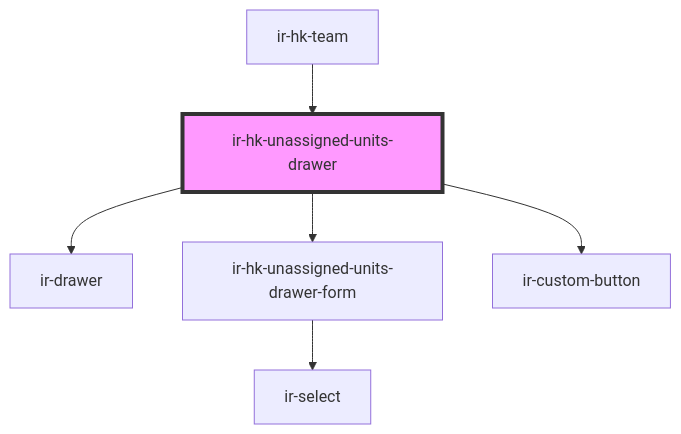
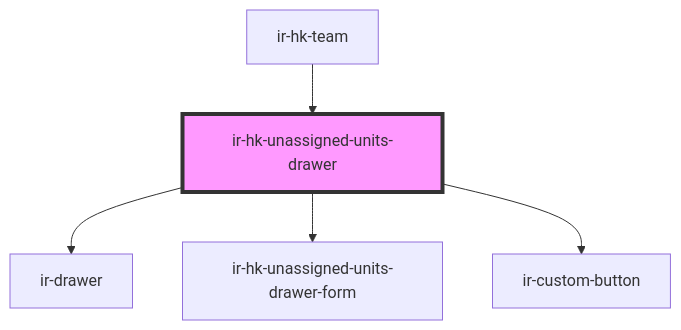
The diagram in src/components/ir-housekeeping/ir-hk-unassigned-units/ir-hk-unassigned-units-drawer/readme.md (RonyRizk/ir-webcmp), drawn with Mermaid before and after one commit. The commit also changed 508 other files, not shown here.

````diff
--- a/src/components/ir-housekeeping/ir-hk-unassigned-units/ir-hk-unassigned-units-drawer/readme.md
+++ b/src/components/ir-housekeeping/ir-hk-unassigned-units/ir-hk-unassigned-units-drawer/readme.md
@@ -36,9 +36,8 @@
 ```mermaid
 graph TD;
   ir-hk-unassigned-units-drawer --> ir-drawer
   ir-hk-unassigned-units-drawer --> ir-hk-unassigned-units-drawer-form
   ir-hk-unassigned-units-drawer --> ir-custom-button
-  ir-hk-unassigned-units-drawer-form --> ir-select
   ir-hk-team --> ir-hk-unassigned-units-drawer
   style ir-hk-unassigned-units-drawer fill:#f9f,stroke:#333,stroke-width:4px
 ```
````
